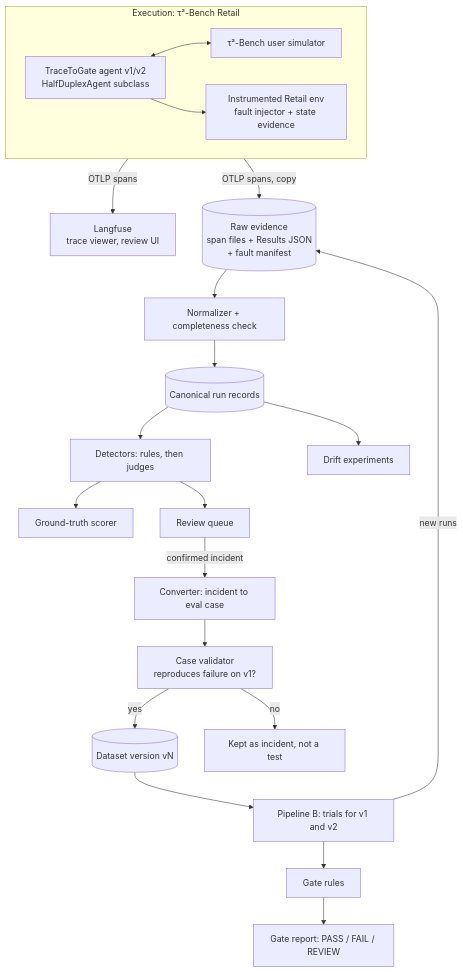
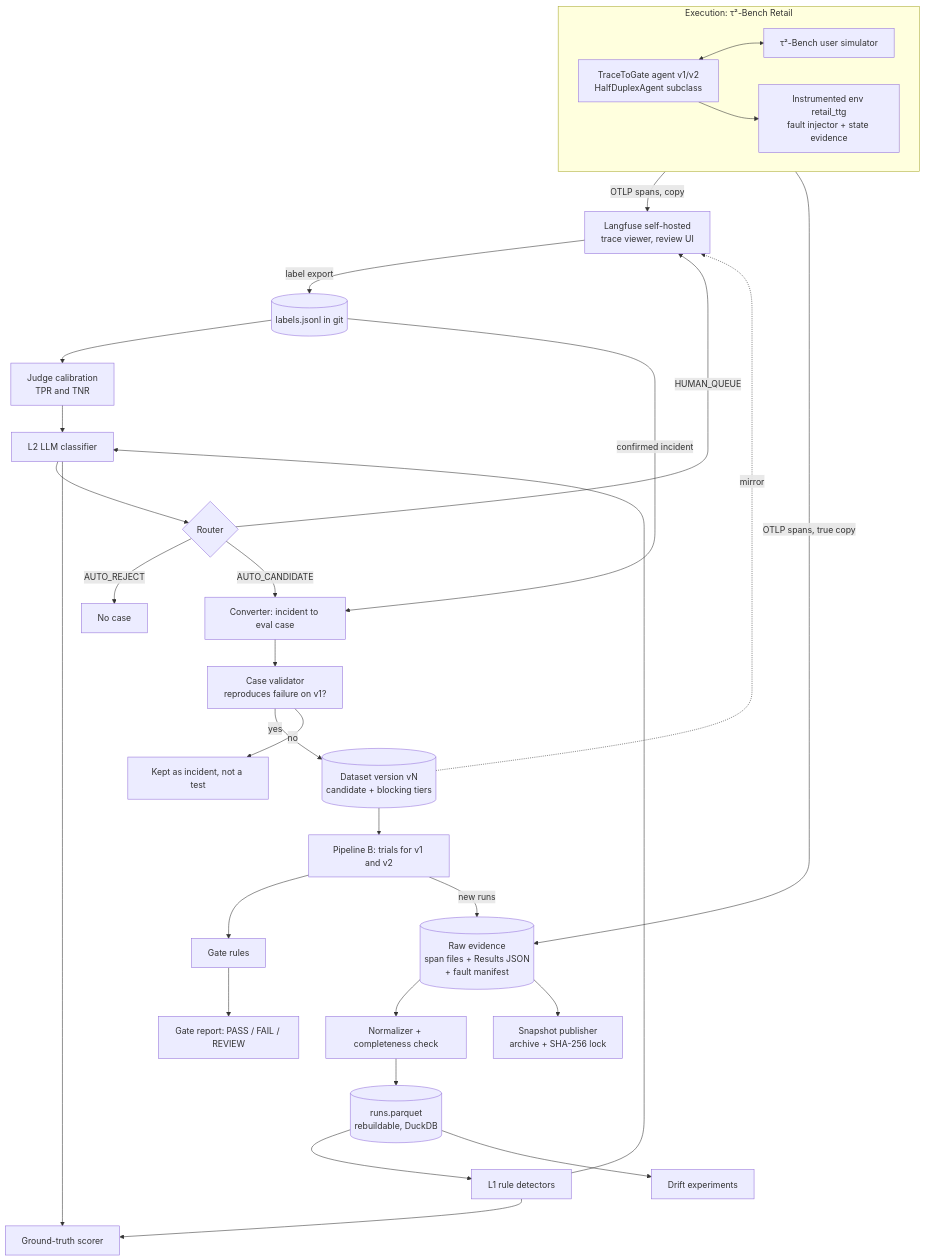
The diagram in .agents/artifacts/tracetogate-foundations/04-design-discussion-tracetogate-foundations.md (Neeraj138/trace-to-gate), drawn with Mermaid before and after one commit. The commit also changed other lines of this file and 3 other files, not shown here.

First line of the commit message:
Resolve all design questions and add final architecture document

````diff
--- a/.agents/artifacts/tracetogate-foundations/04-design-discussion-tracetogate-foundations.md
+++ b/.agents/artifacts/tracetogate-foundations/04-design-discussion-tracetogate-foundations.md
@@ -135,26 +153,36 @@
 ```mermaid
 flowchart TD
-    subgraph Run[Execution: τ²-Bench Retail]
-        AG[TraceToGate agent v1/v2<br/>HalfDuplexAgent subclass]
-        US[τ²-Bench user simulator]
-        EN[Instrumented Retail env<br/>fault injector + state evidence]
+    subgraph Run["Execution: τ²-Bench Retail"]
+        AG["TraceToGate agent v1/v2<br/>HalfDuplexAgent subclass"]
+        US["τ²-Bench user simulator"]
+        EN["Instrumented env retail_ttg<br/>fault injector + state evidence"]
     end
     AG <--> US
     AG --> EN
-    Run -->|OTLP spans| LF[Langfuse<br/>trace viewer, review UI]
-    Run -->|OTLP spans, copy| RAW[(Raw evidence<br/>span files + Results JSON<br/>+ fault manifest)]
-    RAW --> NORM[Normalizer + completeness check]
-    NORM --> STORE[(Canonical run records)]
-    STORE --> DET[Detectors: rules, then judges]
-    STORE --> DRIFT[Drift experiments]
-    DET --> SCORE[Ground-truth scorer]
-    DET --> REVQ[Review queue]
-    REVQ -->|confirmed incident| CONV[Converter: incident to eval case]
-    CONV --> VAL[Case validator<br/>reproduces failure on v1?]
-    VAL -->|yes| DS[(Dataset version vN)]
-    VAL -->|no| HOLD[Kept as incident, not a test]
-    DS --> PB[Pipeline B: trials for v1 and v2]
-    PB --> GATE[Gate rules]
-    GATE --> REP[Gate report: PASS / FAIL / REVIEW]
-    PB -->|new runs| RAW
+    Run -->|"OTLP spans, copy"| LF["Langfuse self-hosted<br/>trace viewer, review UI"]
+    Run -->|"OTLP spans, true copy"| RAW[("Raw evidence<br/>span files + Results JSON<br/>+ fault manifest")]
+    RAW --> NORM["Normalizer + completeness check"]
+    NORM --> STORE[("runs.parquet<br/>rebuildable, DuckDB")]
+    STORE --> L1["L1 rule detectors"]
+    L1 --> L2["L2 LLM classifier"]
+    L2 --> RT{"Router"}
+    STORE --> DRIFT["Drift experiments"]
+    L1 --> SCORE["Ground-truth scorer"]
+    L2 --> SCORE
+    RT -->|"AUTO_REJECT"| NOC["No case"]
+    RT -->|"HUMAN_QUEUE"| LF
+    LF -->|"label export"| LAB[("labels.jsonl in git")]
+    LAB --> CAL["Judge calibration<br/>TPR and TNR"]
+    CAL --> L2
+    RT -->|"AUTO_CANDIDATE"| CONV["Converter: incident to eval case"]
+    LAB -->|"confirmed incident"| CONV
+    CONV --> VAL["Case validator<br/>reproduces failure on v1?"]
+    VAL -->|"yes"| DS[("Dataset version vN<br/>candidate + blocking tiers")]
+    VAL -->|"no"| HOLD["Kept as incident, not a test"]
+    DS -.->|"mirror"| LF
+    DS --> PB["Pipeline B: trials for v1 and v2"]
+    PB --> GATE["Gate rules"]
+    GATE --> REP["Gate report: PASS / FAIL / REVIEW"]
+    PB -->|"new runs"| RAW
+    RAW --> SNAP["Snapshot publisher<br/>archive + SHA-256 lock"]
 ```
````
